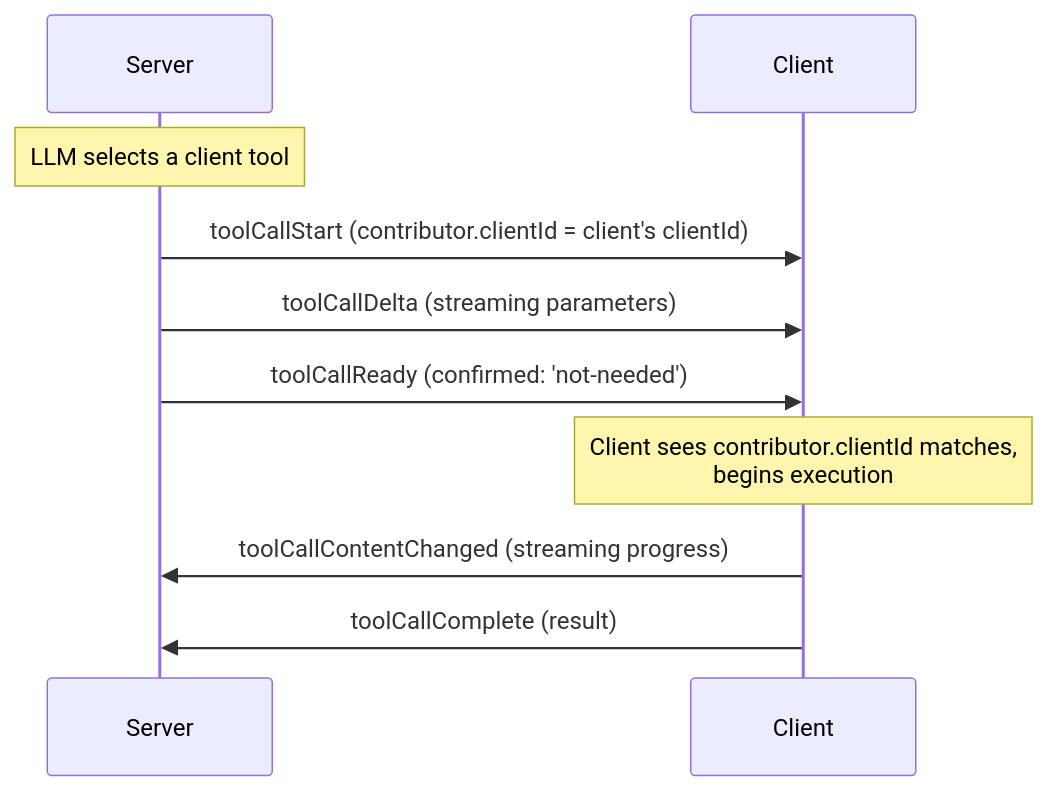
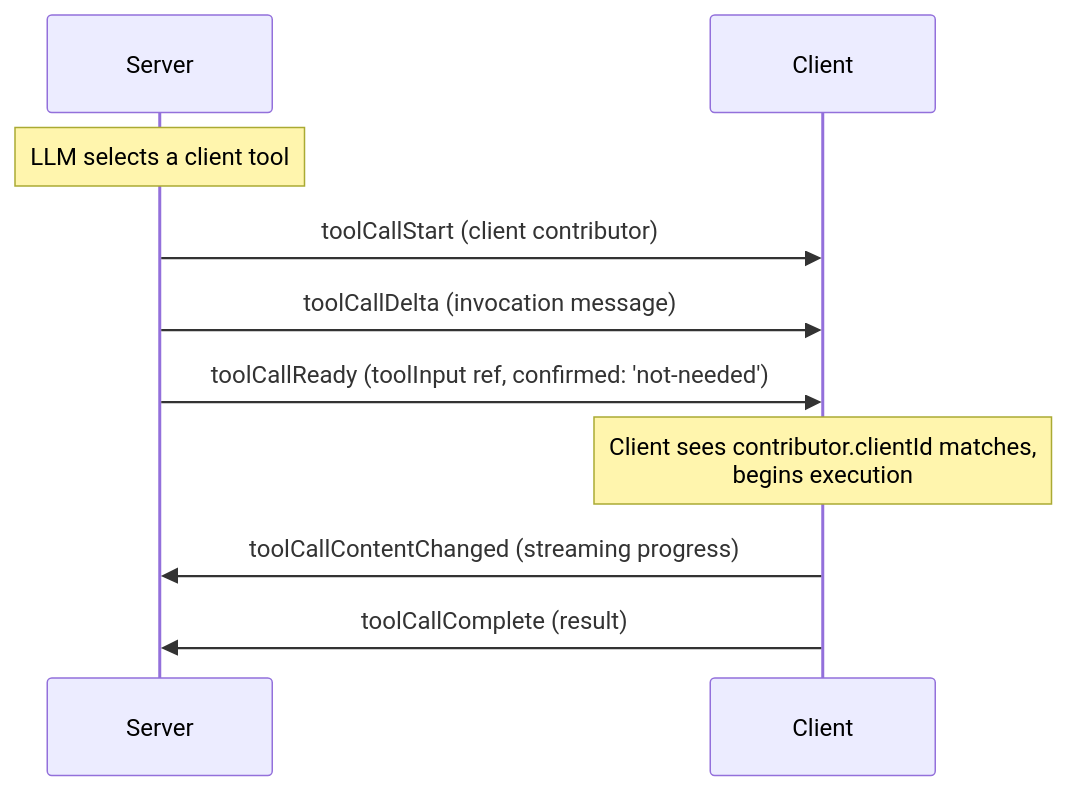
The fifth of 7 diagrams in docs/guide/customizations.md (microsoft/agent-host-protocol), drawn with Mermaid before and after one commit. The commit also changed other lines of this file and 64 other files, not shown here.

First line of the commit message:
chat: lazy-load final tool input

````diff
--- a/docs/guide/customizations.md
+++ b/docs/guide/customizations.md
@@ -285,15 +285,15 @@
 ```mermaid
 sequenceDiagram
     participant Server
     participant Client
 
     Note over Server: LLM selects a client tool
-    Server->>Client: toolCallStart (contributor.clientId = client's clientId)
-    Server->>Client: toolCallDelta (streaming parameters)
-    Server->>Client: toolCallReady (confirmed: 'not-needed')
+    Server->>Client: toolCallStart (client contributor)
+    Server->>Client: toolCallDelta (invocation message)
+    Server->>Client: toolCallReady (toolInput ref, confirmed: 'not-needed')
 
     Note over Client: Client sees contributor.clientId matches,<br/>begins execution
 
     Client->>Server: toolCallContentChanged (streaming progress)
     Client->>Server: toolCallComplete (result)
 ```
````
